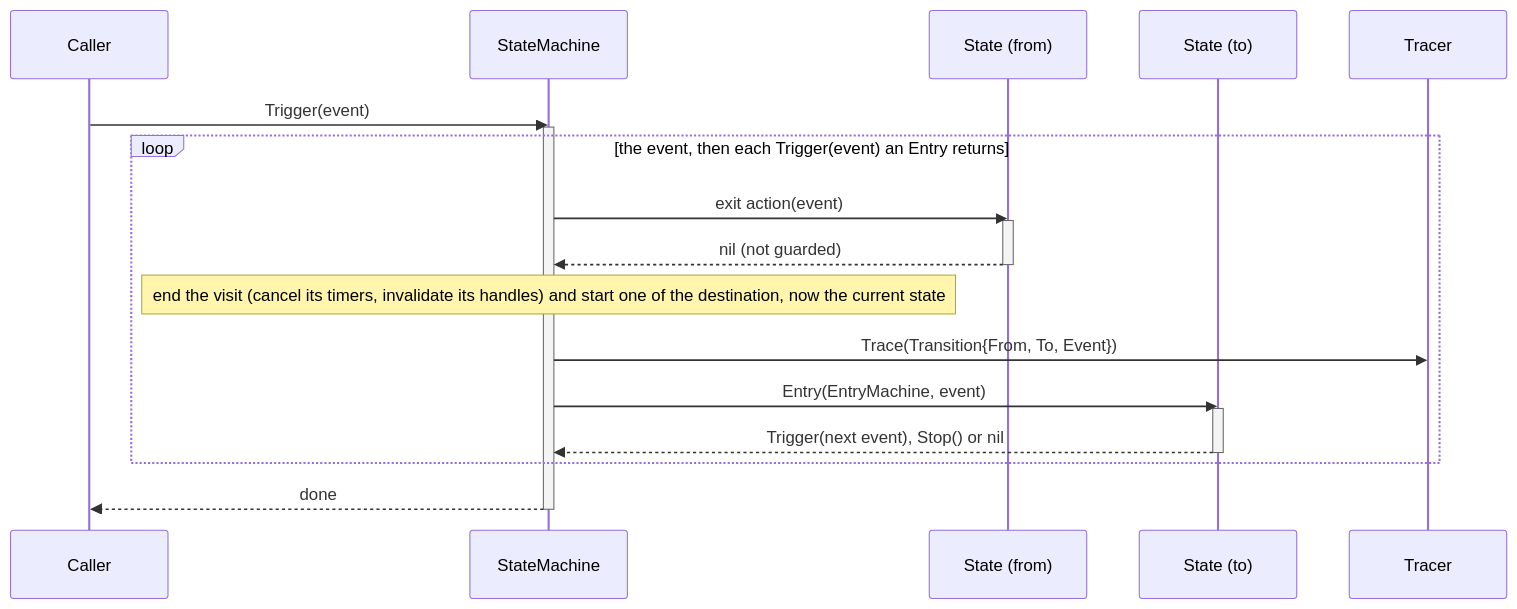
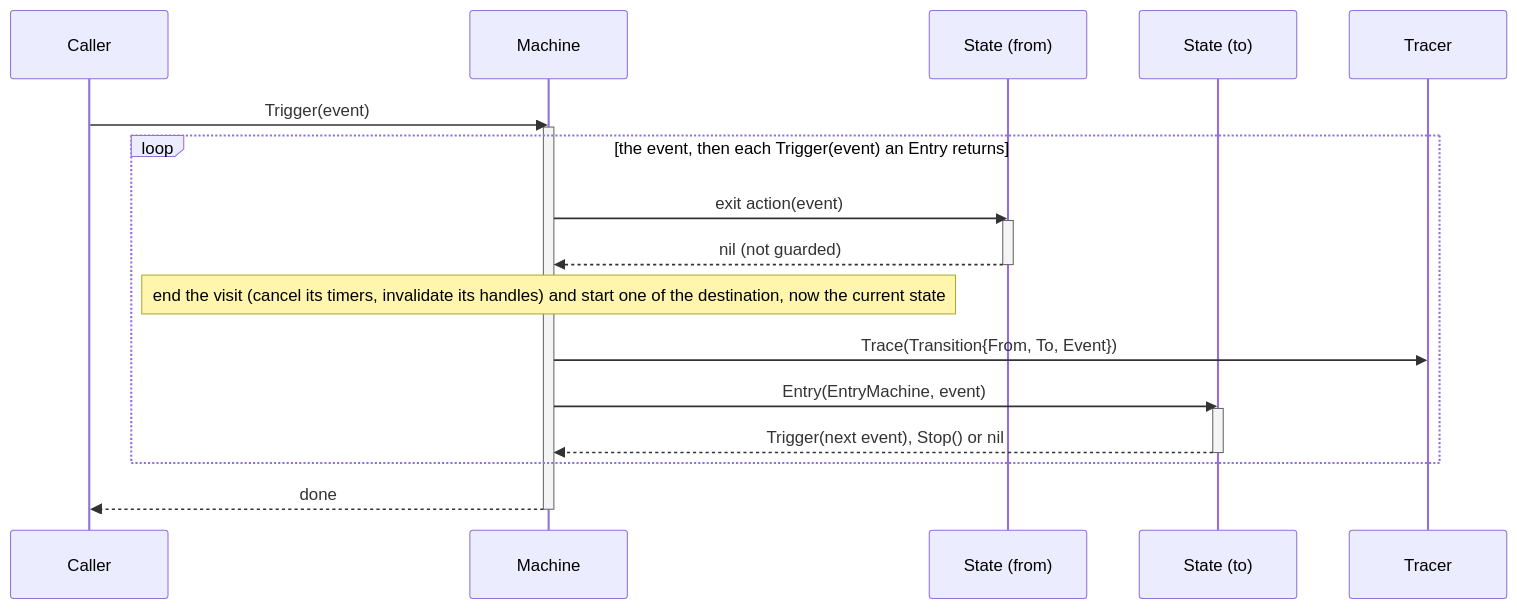
Before and after one commit to raiich/kazura: the diagram in docs/internal/design/entry-event-chain.md, drawn with Mermaid. The commit also changed other lines of this file and 5 other files, not shown here.

````diff
--- a/docs/internal/design/entry-event-chain.md
+++ b/docs/internal/design/entry-event-chain.md
@@ -9,30 +9,30 @@
 ```mermaid
 sequenceDiagram
     participant a as Caller
-    participant m as StateMachine
+    participant m as Machine
     participant sf as State (from)
     participant st as State (to)
     participant t as Tracer
 
     a ->> m: Trigger(event)
     activate m
 
     loop the event, then each Trigger(event) an Entry returns
         m ->> sf: exit action(event)
         activate sf
         sf -->> m: nil (not guarded)
         deactivate sf
 
         Note over m: end the visit (cancel its timers, invalidate its handles) and start one of the destination, now the current state
 
         m ->> t: Trace(Transition{From, To, Event})
 
         m ->> st: Entry(EntryMachine, event)
         activate st
         st -->> m: Trigger(next event), Stop() or nil
         deactivate st
     end
 
     m -->> a: done
     deactivate m
 ```
````
